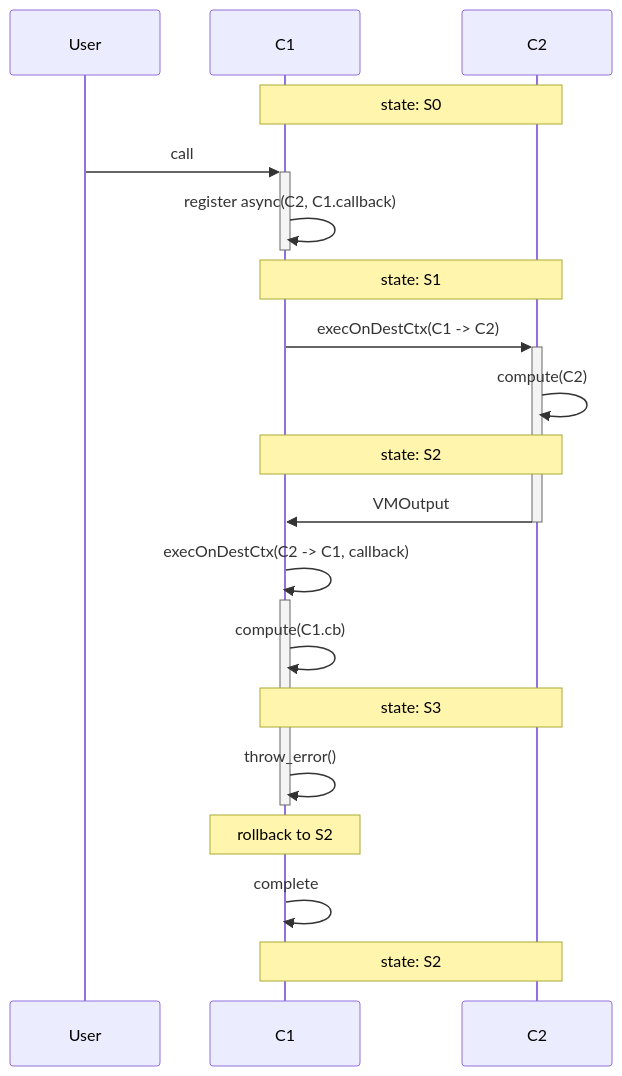
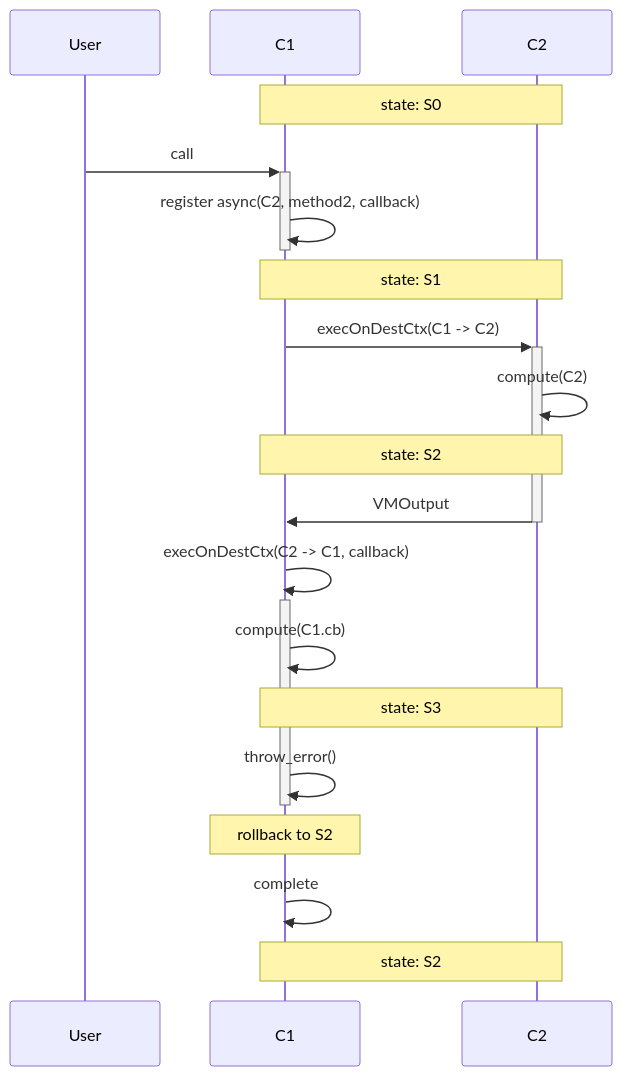
Before and after one commit to runtimeverification/multiversx-protocol-audit: the third of 3 diagrams in async_call/docs/enum/a(i).md, drawn with Mermaid. The commit also changed other lines of this file and 20 other files, not shown here.

````diff
--- a/async_call/docs/enum/a(i).md
+++ b/async_call/docs/enum/a(i).md
@@ -130,25 +130,25 @@
 ```mermaid
 sequenceDiagram
   participant User
   participant C1
   participant C2
   
   note over C1, C2: state: S0
   User ->>+ C1: call
-  C1 ->>- C1: register async(C2, C1.callback)
+  C1 ->>- C1: register async(C2, method2, callback)
   note over C1, C2: state: S1
   
   C1 ->>+ C2: execOnDestCtx(C1 -> C2)
   C2 ->> C2: compute(C2)
   note over C1, C2: state: S2
 
   C2 ->>- C1: VMOutput
 
   C1 ->>+ C1: execOnDestCtx(C2 -> C1, callback)
   C1 ->> C1: compute(C1.cb)
   note over C1, C2: state: S3
   C1 ->>- C1: throw_error()
   note over C1: rollback to S2
   C1 ->> C1: complete
   note over C1, C2: state: S2
 ```
````
